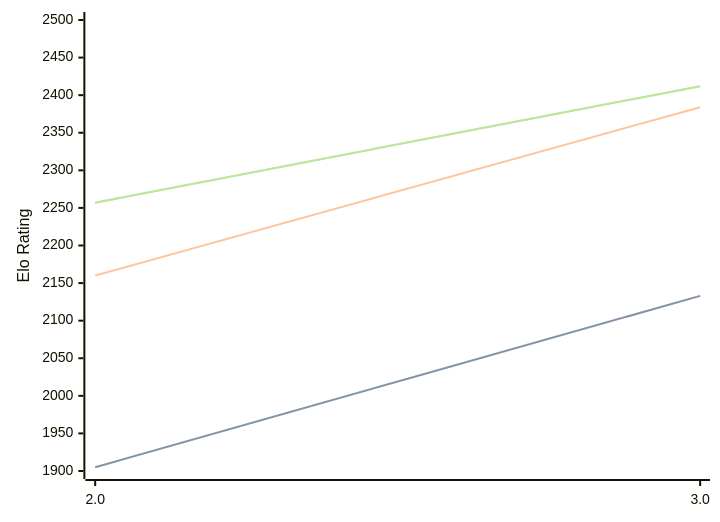
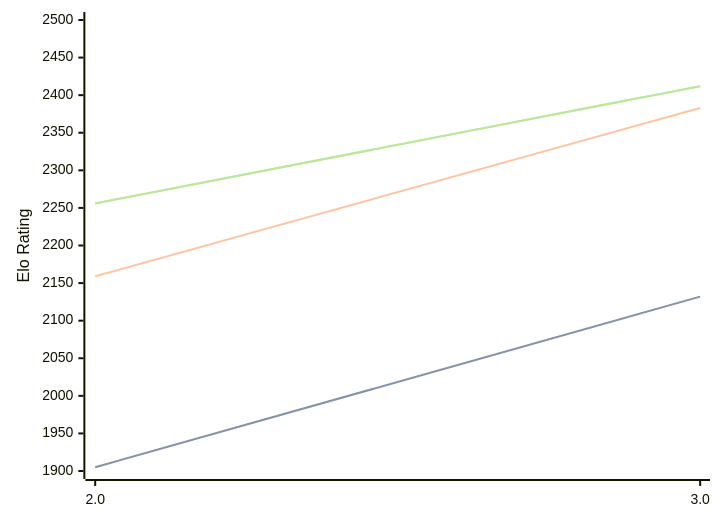
The diagram in engines/Zeno.md (computer-chess-index/cci), drawn with Mermaid before and after one commit. The commit also changed other lines of this file, not shown here.

Commit message:
Update CCI Ratings (ELO VLTC) - 2026-10-01

````diff
--- a/engines/Zeno.md
+++ b/engines/Zeno.md
@@ -32,11 +32,11 @@
 ```mermaid
 %%{init: {"theme":"base","themeVariables":{"seriesColors:['#a3a3a3','#222221','#faa371']}}}%%
 xychart-beta
   x-axis ["2.0", "3.0"]
   y-axis "Elo Rating" 1900 --> 2500
-  line "" [1905, 2133]
-  line "STC (8.0+0.08s)" [1905, 2133]
-  line "LTC (60.0+0.60s)" [2160, 2384]
-  line "" [2257, 2412]
-  line "VLTC (2m24s+1.12s)" [2257, 2412]
+  line "" [1905, 2132]
+  line "STC (8.0+0.08s)" [1905, 2132]
+  line "LTC (60.0+0.60s)" [2159, 2383]
+  line "" [2256, 2412]
+  line "VLTC (2m24s+1.12s)" [2256, 2412]
 ```
````
